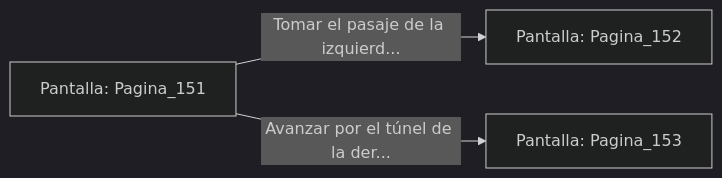
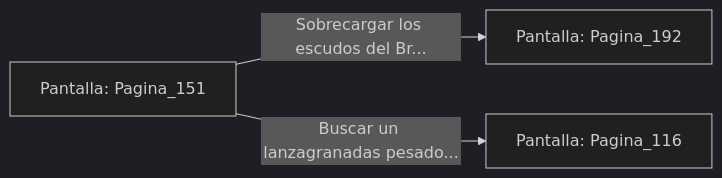
The diagram in sample/eligejuego-vault/Pantalla_Pagina_151.md (metsuke/mpl), drawn with Mermaid (dark theme) before and after one commit. The commit also changed other lines of this file and 635 other files, not shown here.

First line of the commit message:
fix: añadir Pagina_1 como pantalla inicial en capitulo_01.mpl

````diff
--- a/sample/eligejuego-vault/Pantalla_Pagina_151.md
+++ b/sample/eligejuego-vault/Pantalla_Pagina_151.md
@@ -20,6 +24,6 @@
 ```mermaid
 graph LR
     P_Pagina_151["Pantalla: Pagina_151"]
-    P_Pagina_151 -->|"Tomar el pasaje de la izquierd..."| P_Pagina_152["Pantalla: Pagina_152"]
-    P_Pagina_151 -->|"Avanzar por el túnel de la der..."| P_Pagina_153["Pantalla: Pagina_153"]
+    P_Pagina_151 -->|"Sobrecargar los escudos del Br..."| P_Pagina_192["Pantalla: Pagina_192"]
+    P_Pagina_151 -->|"Buscar un lanzagranadas pesado..."| P_Pagina_116["Pantalla: Pagina_116"]
 ```
````
